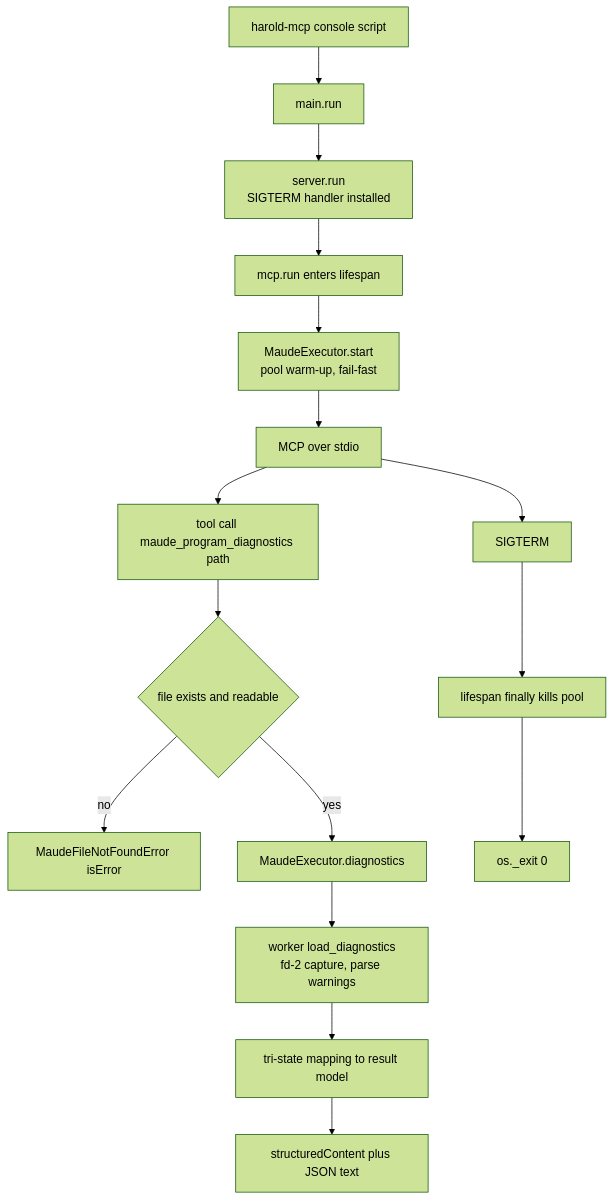
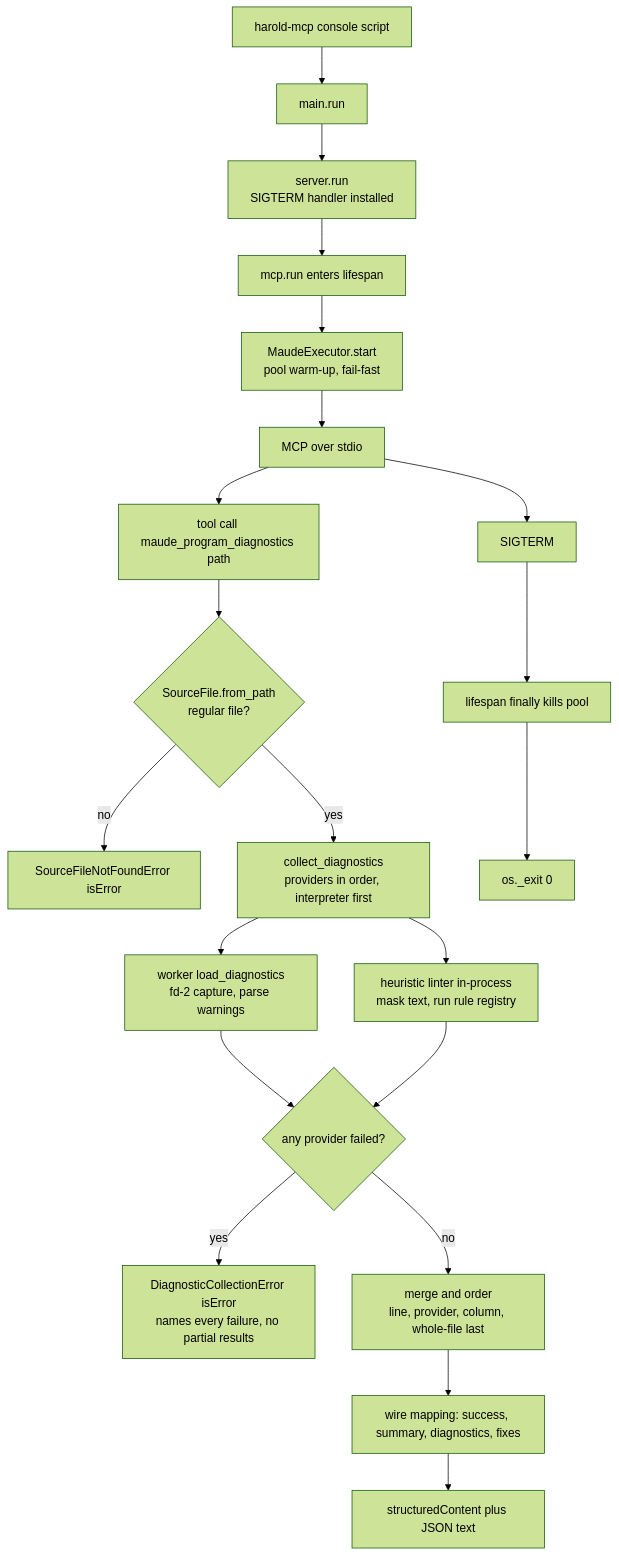
The first of 2 diagrams in harold-mcp/.agents/summary/workflows.md (demiourgoi/Harold), drawn with Mermaid (forest theme) before and after one commit. The commit also changed other lines of this file and 9 other files, not shown here.

````diff
--- a/harold-mcp/.agents/summary/workflows.md
+++ b/harold-mcp/.agents/summary/workflows.md
@@ -31,18 +31,23 @@
 ```mermaid
 flowchart TD
     A[harold-mcp console script] --> B[main.run]
     B --> C[server.run<br>SIGTERM handler installed]
     C --> D[mcp.run enters lifespan]
     D --> E[MaudeExecutor.start<br>pool warm-up, fail-fast]
     E --> F[MCP over stdio]
     F --> G[tool call maude_program_diagnostics path]
-    G --> H{file exists and readable}
-    H -->|no| I[MaudeFileNotFoundError isError]
-    H -->|yes| J[MaudeExecutor.diagnostics]
+    G --> H{SourceFile.from_path<br>regular file?}
+    H -->|no| I[SourceFileNotFoundError isError]
+    H -->|yes| J[collect_diagnostics<br>providers in order, interpreter first]
     J --> K[worker load_diagnostics<br>fd-2 capture, parse warnings]
-    K --> L[tri-state mapping to result model]
-    L --> M[structuredContent plus JSON text]
-    F --> N[SIGTERM]
-    N --> O[lifespan finally kills pool]
-    O --> P[os._exit 0]
+    J --> L[heuristic linter in-process<br>mask text, run rule registry]
+    K --> M{any provider failed?}
+    L --> M
+    M -->|yes| N[DiagnosticCollectionError isError<br>names every failure, no partial results]
+    M -->|no| O[merge and order<br>line, provider, column, whole-file last]
+    O --> P[wire mapping: success, summary, diagnostics, fixes]
+    P --> Q[structuredContent plus JSON text]
+    F --> R[SIGTERM]
+    R --> S[lifespan finally kills pool]
+    S --> T[os._exit 0]
 ```
````
